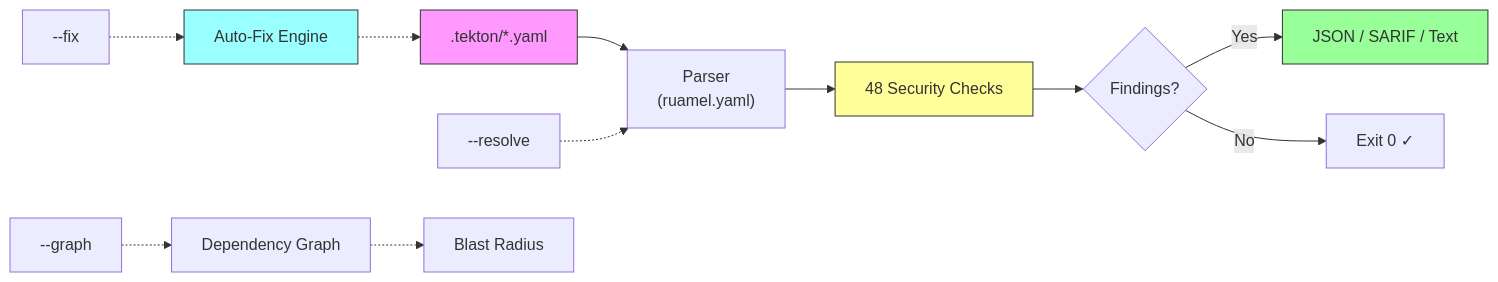
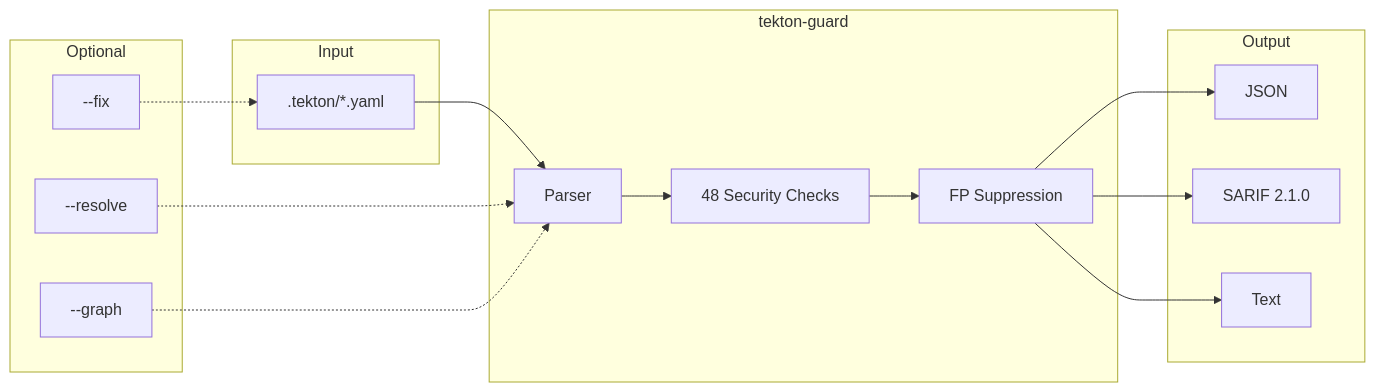
Before and after one commit to ugiordan/tekton-guard: the diagram in site/docs/index.md, drawn with Mermaid. The commit also changed other lines of this file, not shown here.

````diff
--- a/site/docs/index.md
+++ b/site/docs/index.md
@@ -20,19 +20,31 @@
 ```mermaid
 graph LR
-    A[".tekton/*.yaml"] --> B["Parser<br/>(ruamel.yaml)"]
-    B --> C["48 Security Checks"]
-    C --> D{Findings?}
-    D -->|Yes| E["JSON / SARIF / Text"]
-    D -->|No| F["Exit 0 ✓"]
-    
-    G["--resolve"] -.-> B
-    H["--fix"] -.-> I["Auto-Fix Engine"]
+    subgraph Input
+        A[".tekton/*.yaml"]
+    end
+
+    subgraph "tekton-guard"
+        B[Parser] --> C[48 Security Checks]
+        C --> D[FP Suppression]
+    end
+
+    subgraph Output
+        E[JSON]
+        F[SARIF 2.1.0]
+        G[Text]
+    end
+
+    subgraph Optional
+        H["--resolve"]
+        I["--fix"]
+        J["--graph"]
+    end
+
+    A --> B
+    D --> E
+    D --> F
+    D --> G
+    H -.-> B
     I -.-> A
-    J["--graph"] -.-> K["Dependency Graph"]
-    K -.-> L["Blast Radius"]
-    
-    style A fill:#f9f,stroke:#333
-    style C fill:#ff9,stroke:#333
-    style E fill:#9f9,stroke:#333
-    style I fill:#9ff,stroke:#333
+    J -.-> B
 ```
````
